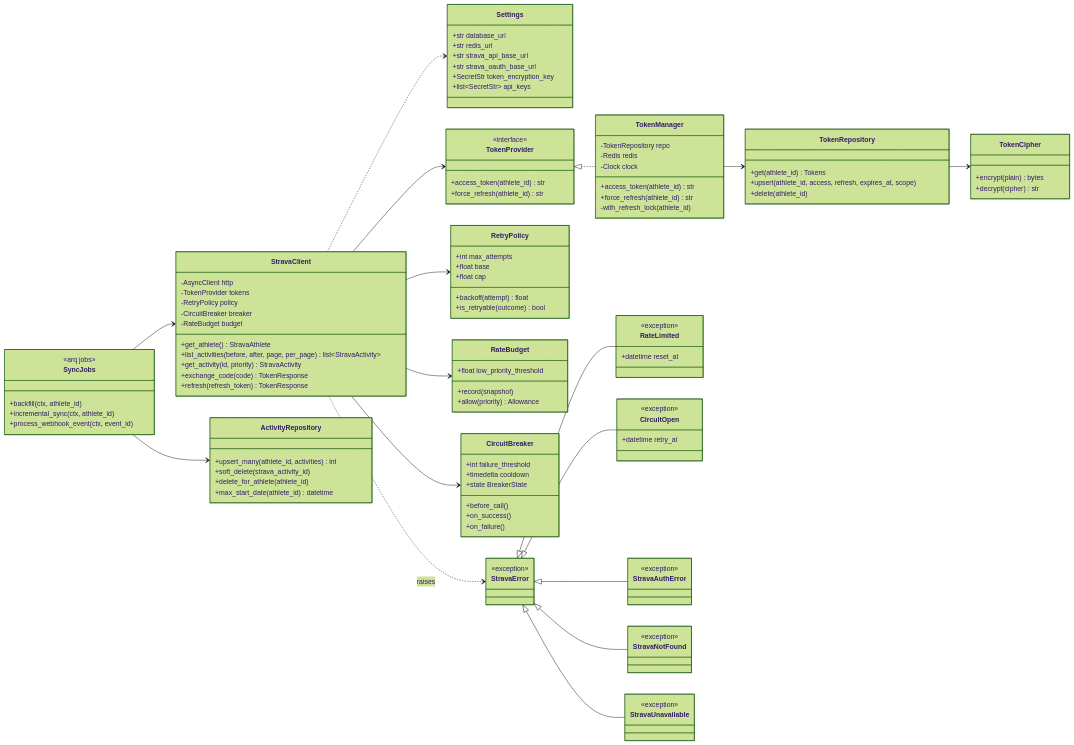
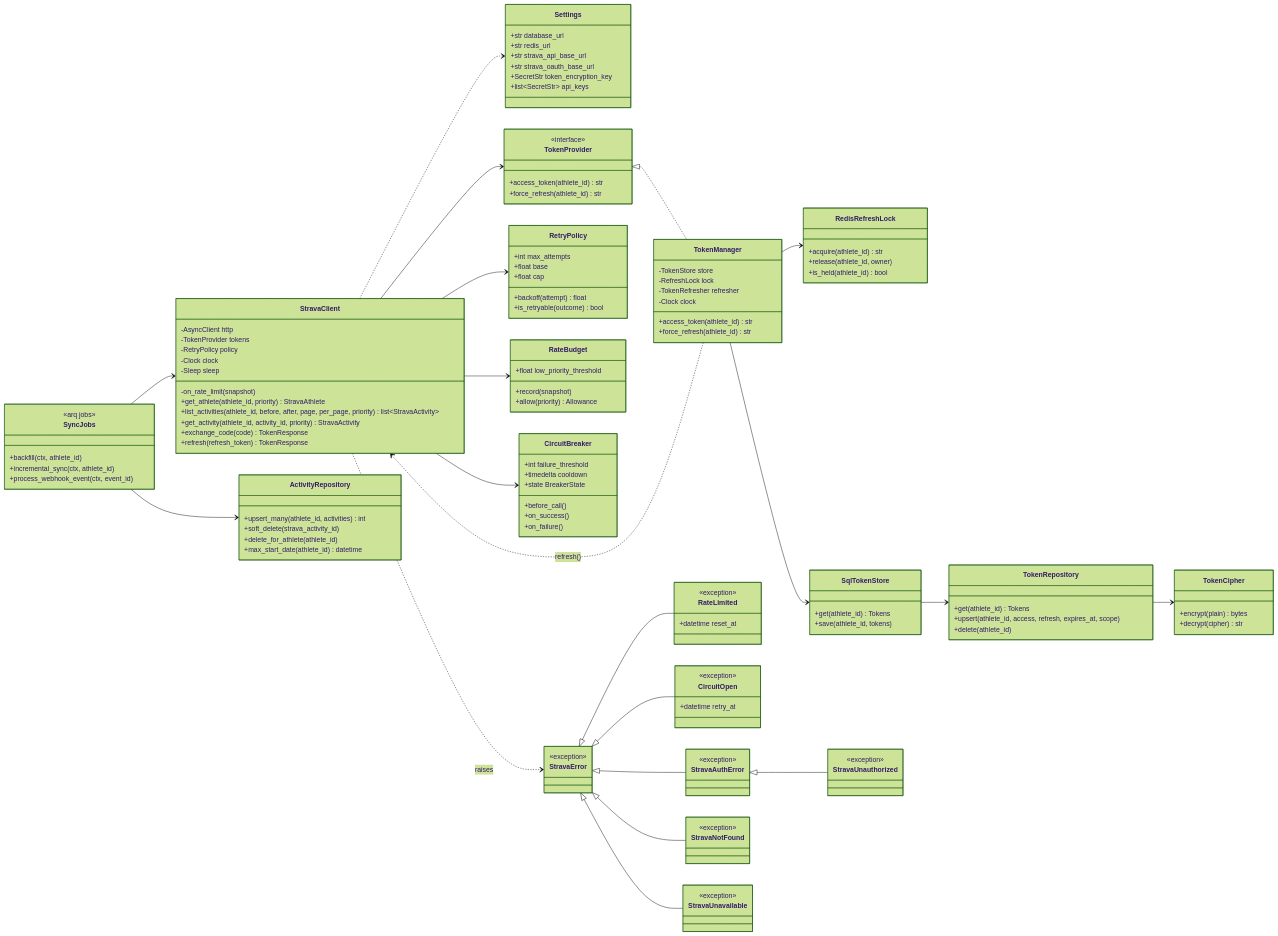
The fourth of 14 diagrams in docs/diagrams.md (umutaydins/trainsync), drawn with Mermaid (forest theme) before and after one commit. The commit also changed 2 other files, not shown here.

Commit message:
add phase 1 evidence and update diagrams

```diff
--- a/docs/diagrams.md
+++ b/docs/diagrams.md
@@ -179,11 +179,12 @@
         -AsyncClient http
         -TokenProvider tokens
         -RetryPolicy policy
-        -CircuitBreaker breaker
-        -RateBudget budget
-        +get_athlete() StravaAthlete
-        +list_activities(before, after, page, per_page) list~StravaActivity~
-        +get_activity(id, priority) StravaActivity
+        -Clock clock
+        -Sleep sleep
+        -on_rate_limit(snapshot)
+        +get_athlete(athlete_id, priority) StravaAthlete
+        +list_activities(athlete_id, before, after, page, per_page, priority) list~StravaActivity~
+        +get_activity(athlete_id, activity_id, priority) StravaActivity
         +exchange_code(code) TokenResponse
         +refresh(refresh_token) TokenResponse
     }
@@ -195,12 +196,23 @@
     }
 
     class TokenManager {
-        -TokenRepository repo
-        -Redis redis
+        -TokenStore store
+        -RefreshLock lock
+        -TokenRefresher refresher
         -Clock clock
         +access_token(athlete_id) str
         +force_refresh(athlete_id) str
-        -with_refresh_lock(athlete_id)
+    }
+
+    class RedisRefreshLock {
+        +acquire(athlete_id) str
+        +release(athlete_id, owner)
+        +is_held(athlete_id) bool
+    }
+
+    class SqlTokenStore {
+        +get(athlete_id) Tokens
+        +save(athlete_id, tokens)
     }
 
     class RetryPolicy {
@@ -258,6 +270,9 @@
     class StravaAuthError {
         <<exception>>
     }
+    class StravaUnauthorized {
+        <<exception>>
+    }
     class StravaNotFound {
         <<exception>>
     }
@@ -280,11 +295,15 @@
     StravaClient --> RateBudget
     StravaClient --> CircuitBreaker
     StravaClient ..> Settings
-    TokenManager --> TokenRepository
+    TokenManager --> SqlTokenStore
+    TokenManager --> RedisRefreshLock
+    TokenManager ..> StravaClient : refresh()
+    SqlTokenStore --> TokenRepository
     TokenRepository --> TokenCipher
     StravaError <|-- RateLimited
     StravaError <|-- CircuitOpen
     StravaError <|-- StravaAuthError
+    StravaAuthError <|-- StravaUnauthorized
     StravaError <|-- StravaNotFound
     StravaError <|-- StravaUnavailable
     StravaClient ..> StravaError : raises
```
